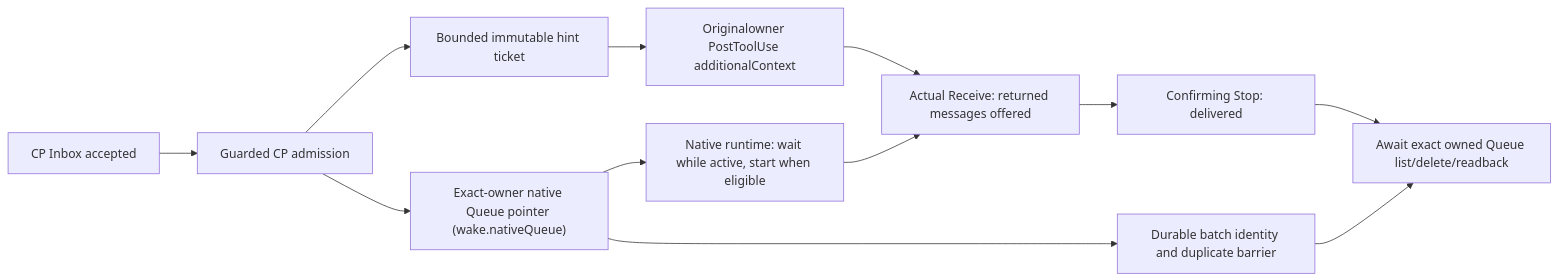
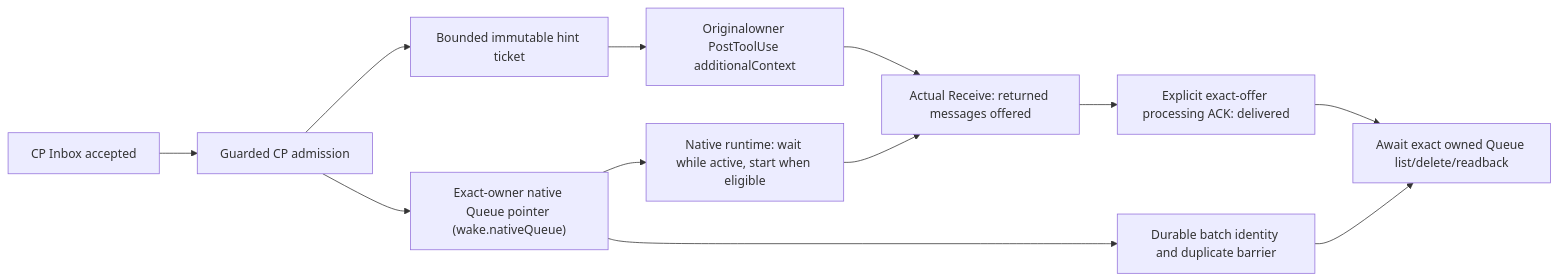
One commit to cfaysal/kherep changed the second of 8 diagrams in modules/control-plane/ARCHITECTURE.md. Above: the diagram before and after it, drawn with Mermaid. The commit also changed other lines of this file and 30 other files, not shown here.

````diff
--- a/modules/control-plane/ARCHITECTURE.md
+++ b/modules/control-plane/ARCHITECTURE.md
@@ -384,14 +384,14 @@
 ```mermaid
 flowchart LR
   accepted[CP Inbox accepted] --> admission[Guarded CP admission]
   admission --> ticket[Bounded immutable hint ticket]
   admission --> native["Exact-owner native Queue pointer (wake.nativeQueue)"]
   native --> turn[Native runtime: wait while active, start when eligible]
   turn --> receive
   ticket --> hook[Originalowner PostToolUse additionalContext]
   hook --> receive[Actual Receive: returned messages offered]
-  receive --> stop[Confirming Stop: delivered]
-  stop --> reconcile[Await exact owned Queue list/delete/readback]
+  receive --> ack[Explicit exact-offer processing ACK: delivered]
+  ack --> reconcile[Await exact owned Queue list/delete/readback]
   native --> attempts[Durable batch identity and duplicate barrier]
   attempts --> reconcile
 ```
````
